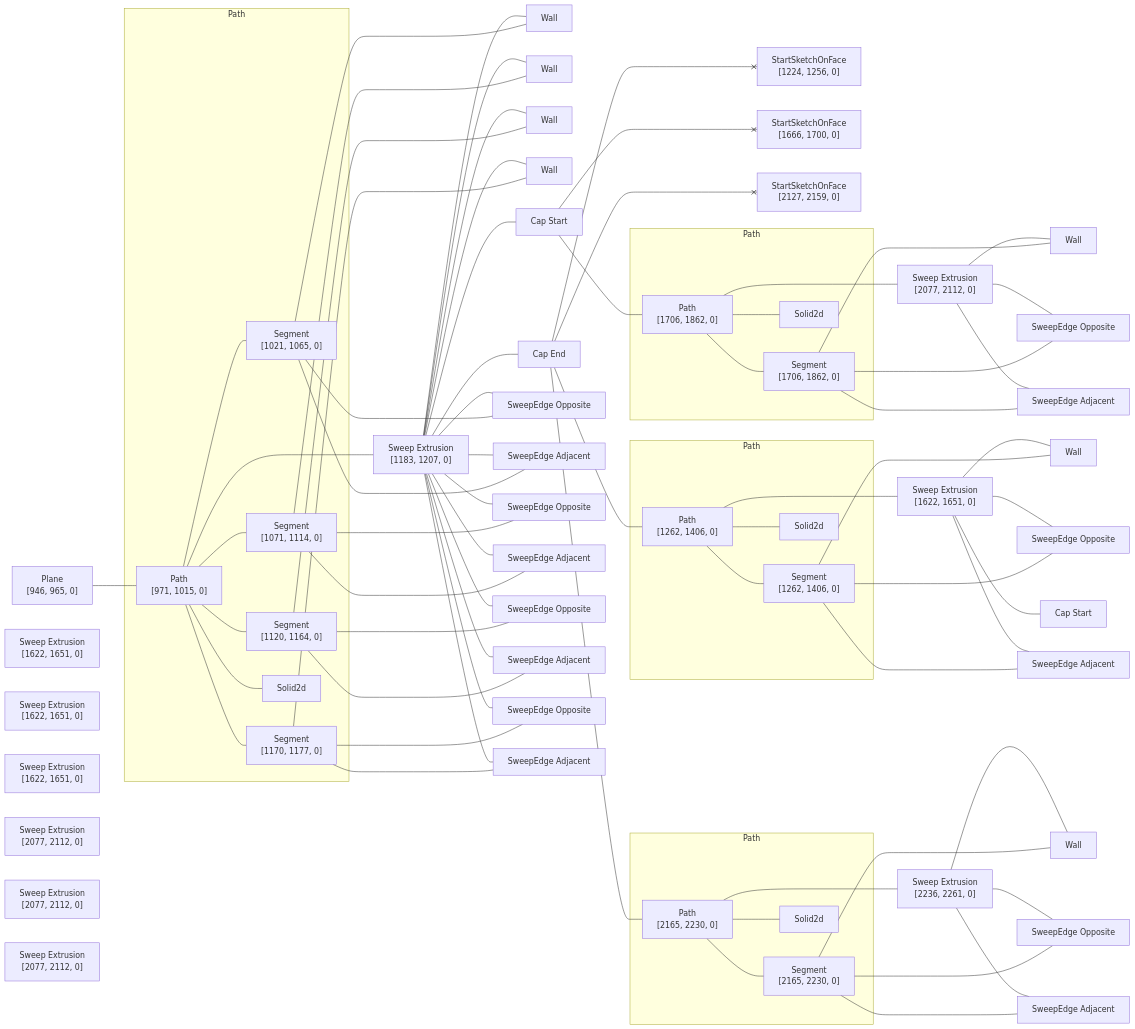
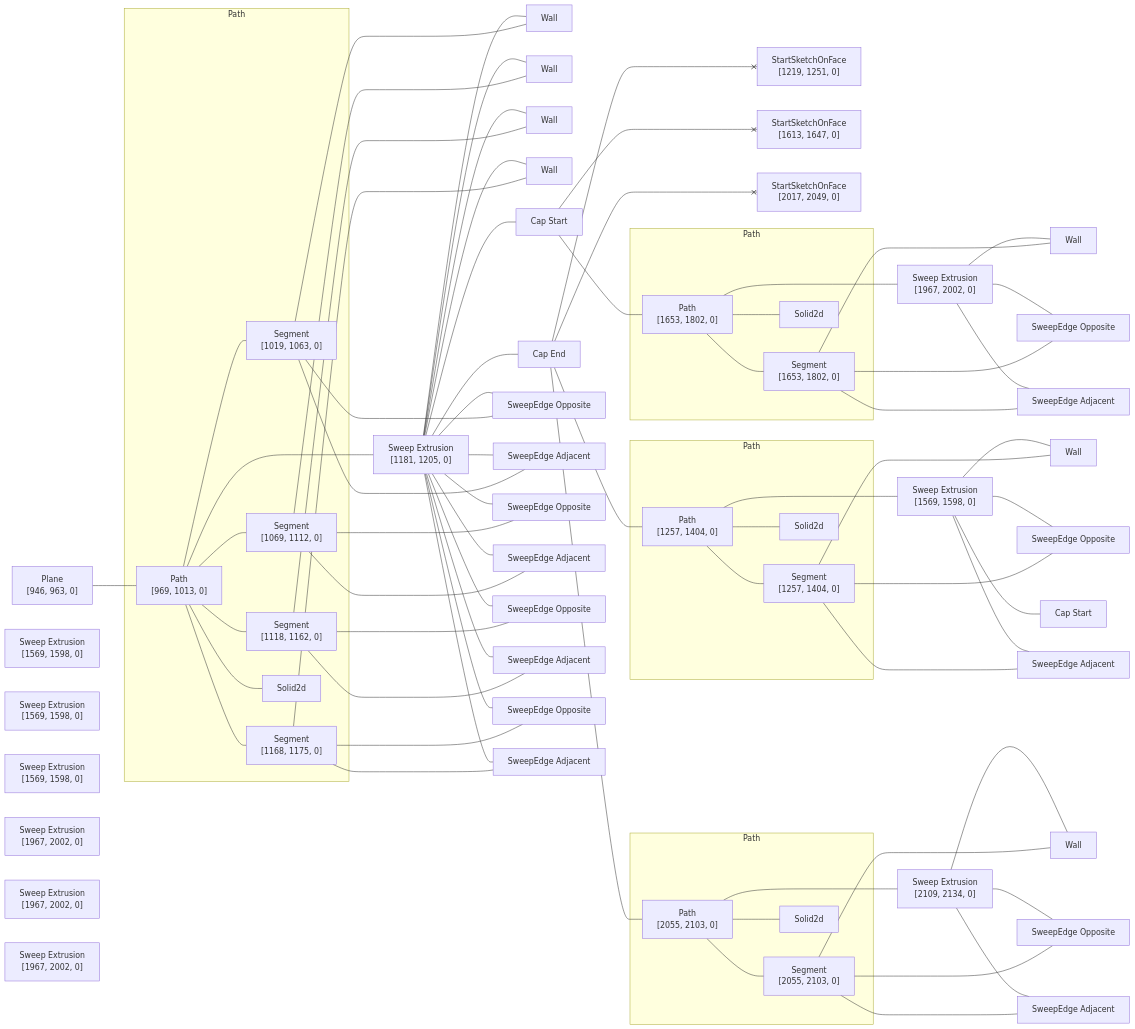
The diagram in rust/kcl-lib/tests/kcl_samples/a-parametric-bearing-pillow-block/artifact_graph_flowchart.snap.md (KittyCAD/modeling-app), drawn with Mermaid before and after one commit. The commit also changed 134 other files, not shown here.

````diff
--- a/rust/kcl-lib/tests/kcl_samples/a-parametric-bearing-pillow-block/artifact_graph_flowchart.snap.md
+++ b/rust/kcl-lib/tests/kcl_samples/a-parametric-bearing-pillow-block/artifact_graph_flowchart.snap.md
@@ -1,30 +1,30 @@
 ```mermaid
 flowchart LR
   subgraph path2 [Path]
-    2["Path<br>[971, 1015, 0]"]
-    3["Segment<br>[1021, 1065, 0]"]
-    4["Segment<br>[1071, 1114, 0]"]
-    5["Segment<br>[1120, 1164, 0]"]
-    6["Segment<br>[1170, 1177, 0]"]
+    2["Path<br>[969, 1013, 0]"]
+    3["Segment<br>[1019, 1063, 0]"]
+    4["Segment<br>[1069, 1112, 0]"]
+    5["Segment<br>[1118, 1162, 0]"]
+    6["Segment<br>[1168, 1175, 0]"]
     7[Solid2d]
   end
   subgraph path23 [Path]
-    23["Path<br>[1262, 1406, 0]"]
-    24["Segment<br>[1262, 1406, 0]"]
+    23["Path<br>[1257, 1404, 0]"]
+    24["Segment<br>[1257, 1404, 0]"]
     25[Solid2d]
   end
   subgraph path34 [Path]
-    34["Path<br>[1706, 1862, 0]"]
-    35["Segment<br>[1706, 1862, 0]"]
+    34["Path<br>[1653, 1802, 0]"]
+    35["Segment<br>[1653, 1802, 0]"]
     36[Solid2d]
   end
   subgraph path44 [Path]
-    44["Path<br>[2165, 2230, 0]"]
-    45["Segment<br>[2165, 2230, 0]"]
+    44["Path<br>[2055, 2103, 0]"]
+    45["Segment<br>[2055, 2103, 0]"]
     46[Solid2d]
   end
-  1["Plane<br>[946, 965, 0]"]
-  8["Sweep Extrusion<br>[1183, 1207, 0]"]
+  1["Plane<br>[946, 963, 0]"]
+  8["Sweep Extrusion<br>[1181, 1205, 0]"]
   9[Wall]
   10[Wall]
   11[Wall]
@@ -39,28 +39,28 @@
   20["SweepEdge Adjacent"]
   21["SweepEdge Opposite"]
   22["SweepEdge Adjacent"]
-  26["Sweep Extrusion<br>[1622, 1651, 0]"]
+  26["Sweep Extrusion<br>[1569, 1598, 0]"]
   27[Wall]
   28["Cap Start"]
   29["SweepEdge Opposite"]
   30["SweepEdge Adjacent"]
-  31["Sweep Extrusion<br>[1622, 1651, 0]"]
-  32["Sweep Extrusion<br>[1622, 1651, 0]"]
-  33["Sweep Extrusion<br>[1622, 1651, 0]"]
-  37["Sweep Extrusion<br>[2077, 2112, 0]"]
+  31["Sweep Extrusion<br>[1569, 1598, 0]"]
+  32["Sweep Extrusion<br>[1569, 1598, 0]"]
+  33["Sweep Extrusion<br>[1569, 1598, 0]"]
+  37["Sweep Extrusion<br>[1967, 2002, 0]"]
   38[Wall]
   39["SweepEdge Opposite"]
   40["SweepEdge Adjacent"]
-  41["Sweep Extrusion<br>[2077, 2112, 0]"]
-  42["Sweep Extrusion<br>[2077, 2112, 0]"]
-  43["Sweep Extrusion<br>[2077, 2112, 0]"]
-  47["Sweep Extrusion<br>[2236, 2261, 0]"]
+  41["Sweep Extrusion<br>[1967, 2002, 0]"]
+  42["Sweep Extrusion<br>[1967, 2002, 0]"]
+  43["Sweep Extrusion<br>[1967, 2002, 0]"]
+  47["Sweep Extrusion<br>[2109, 2134, 0]"]
   48[Wall]
   49["SweepEdge Opposite"]
   50["SweepEdge Adjacent"]
-  51["StartSketchOnFace<br>[1224, 1256, 0]"]
-  52["StartSketchOnFace<br>[1666, 1700, 0]"]
-  53["StartSketchOnFace<br>[2127, 2159, 0]"]
+  51["StartSketchOnFace<br>[1219, 1251, 0]"]
+  52["StartSketchOnFace<br>[1613, 1647, 0]"]
+  53["StartSketchOnFace<br>[2017, 2049, 0]"]
   1 --- 2
   2 --- 3
   2 --- 4
````
